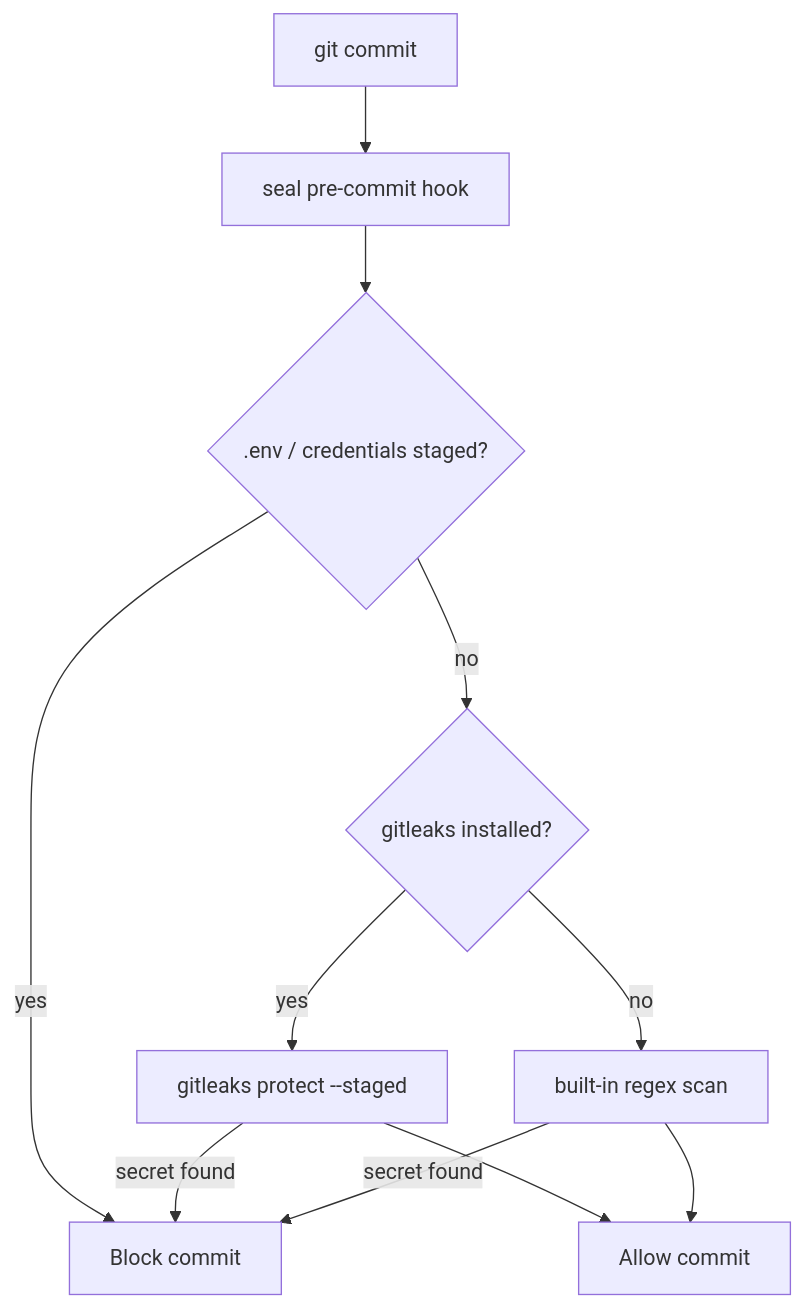
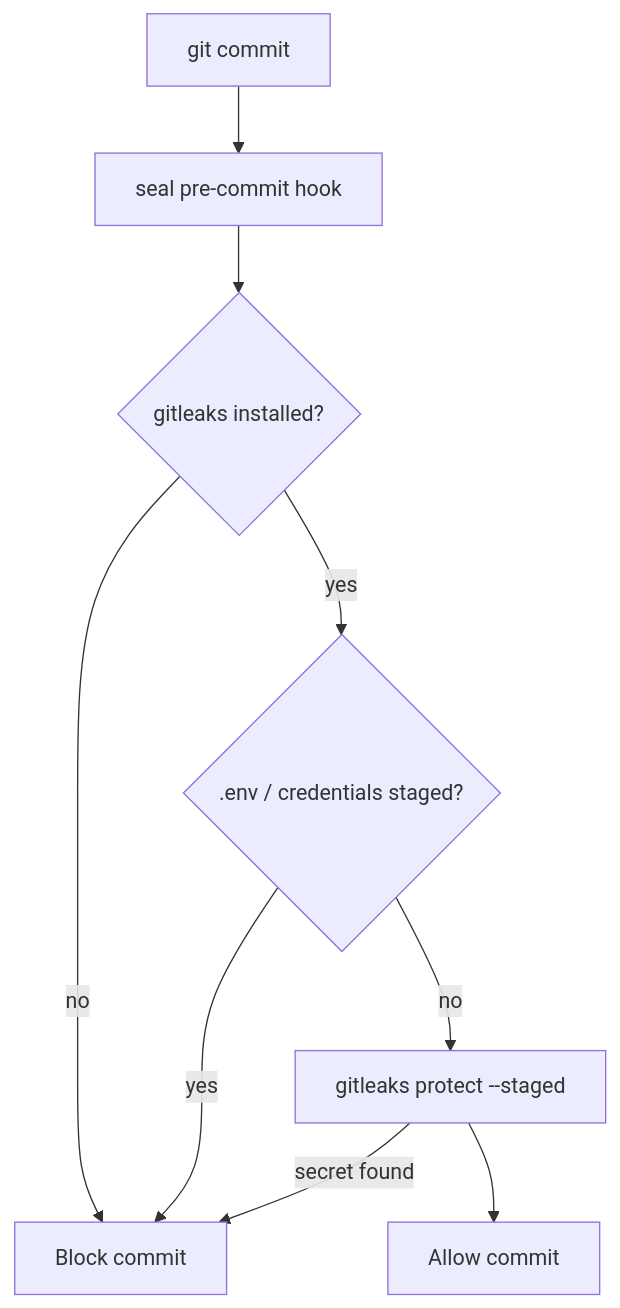
Before and after one commit to ahmifte/seal: the diagram in README.md, drawn with Mermaid. The commit also changed other lines of this file and 2 other files, not shown here.

Commit message:
feat: require gitleaks for pre-commit hook to run

````diff
--- a/README.md
+++ b/README.md
@@ -55,13 +54,11 @@
 ```mermaid
 flowchart TD
   commit[git commit] --> hook[seal pre-commit hook]
-  hook --> blockEnv{".env / credentials staged?"}
-  blockEnv -->|yes| fail[Block commit]
-  blockEnv -->|no| gitleaks{gitleaks installed?}
-  gitleaks -->|yes| scan[gitleaks protect --staged]
-  gitleaks -->|no| regex[built-in regex scan]
+  hook --> gitleaks{gitleaks installed?}
+  gitleaks -->|no| fail[Block commit]
+  gitleaks -->|yes| blockEnv{".env / credentials staged?"}
+  blockEnv -->|yes| fail
+  blockEnv -->|no| scan[gitleaks protect --staged]
   scan --> pass[Allow commit]
-  regex --> pass
   scan -->|secret found| fail
-  regex -->|secret found| fail
 ```
````
